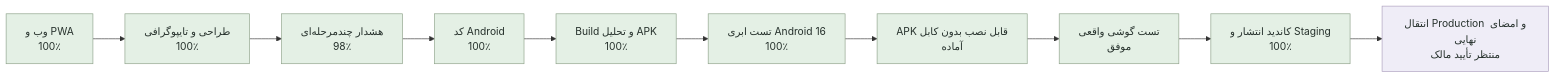
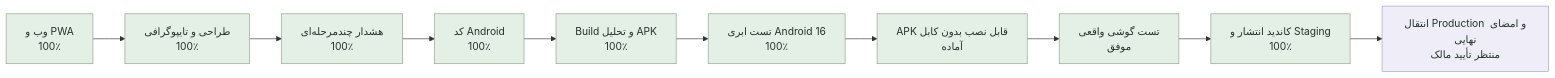
One commit to tparkhondeh/personalAgent changed the diagram in PROJECT_STATUS.md. Above: the diagram before and after it, drawn with Mermaid. The commit also changed other lines of this file and 3 other files, not shown here.

````diff
--- a/PROJECT_STATUS.md
+++ b/PROJECT_STATUS.md
@@ -19,19 +19,19 @@
 ```mermaid
 flowchart LR
     A[وب و PWA<br/>100٪] --> B[طراحی و تایپوگرافی<br/>100٪]
-    B --> C[هشدار چندمرحله‌ای<br/>98٪]
+    B --> C[هشدار چندمرحله‌ای<br/>100٪]
     C --> D[کد Android<br/>100٪]
     D --> E[Build و تحلیل APK<br/>100٪]
     E --> H[تست ابری Android 16<br/>100٪]
     H --> I[APK قابل نصب بدون کابل<br/>آماده]
     I --> G[تست گوشی واقعی<br/>موفق]
     G --> J[کاندید انتشار و Staging<br/>100٪]
     J --> F[انتقال Production و امضای نهایی<br/>منتظر تأیید مالک]
 
     classDef done fill:#e4f0e5,stroke:#8ca088,color:#26312c;
     classDef active fill:#f8eee8,stroke:#d7a98f,color:#26312c;
     classDef pending fill:#efedf7,stroke:#aa9dbc,color:#26312c;
     class A,B,H,I,G,J done;
     class C,D,E done;
     class F pending;
 ```
````
